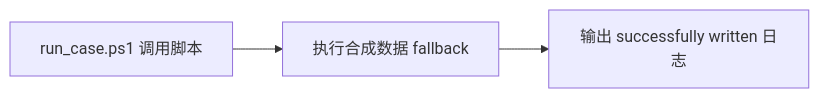
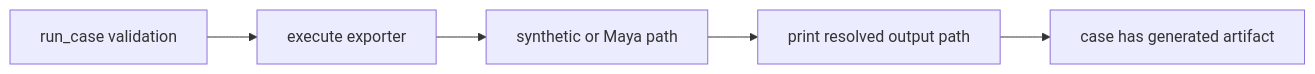
One commit to EvihGraphics/AnimationTech-HTC changed diagram 11 of 13 in docs/blog/AnimationPapers/halo_4_exporter_from_maya/README.md. Above: the diagram before and after it, drawn with Mermaid. The commit also changed other lines of this file and 6 other files, not shown here.

````diff
--- a/docs/blog/AnimationPapers/halo_4_exporter_from_maya/README.md
+++ b/docs/blog/AnimationPapers/halo_4_exporter_from_maya/README.md
@@ -144,5 +224,7 @@
 ```mermaid
 flowchart LR
-    A[run_case.ps1 调用脚本] --> B[执行合成数据 fallback]
-    B --> C[输出 successfully written 日志]
+    A[run_case validation] --> B[execute exporter]
+    B --> C[synthetic or Maya path]
+    C --> D[print resolved output path]
+    D --> E[case has generated artifact]
 ```
````
